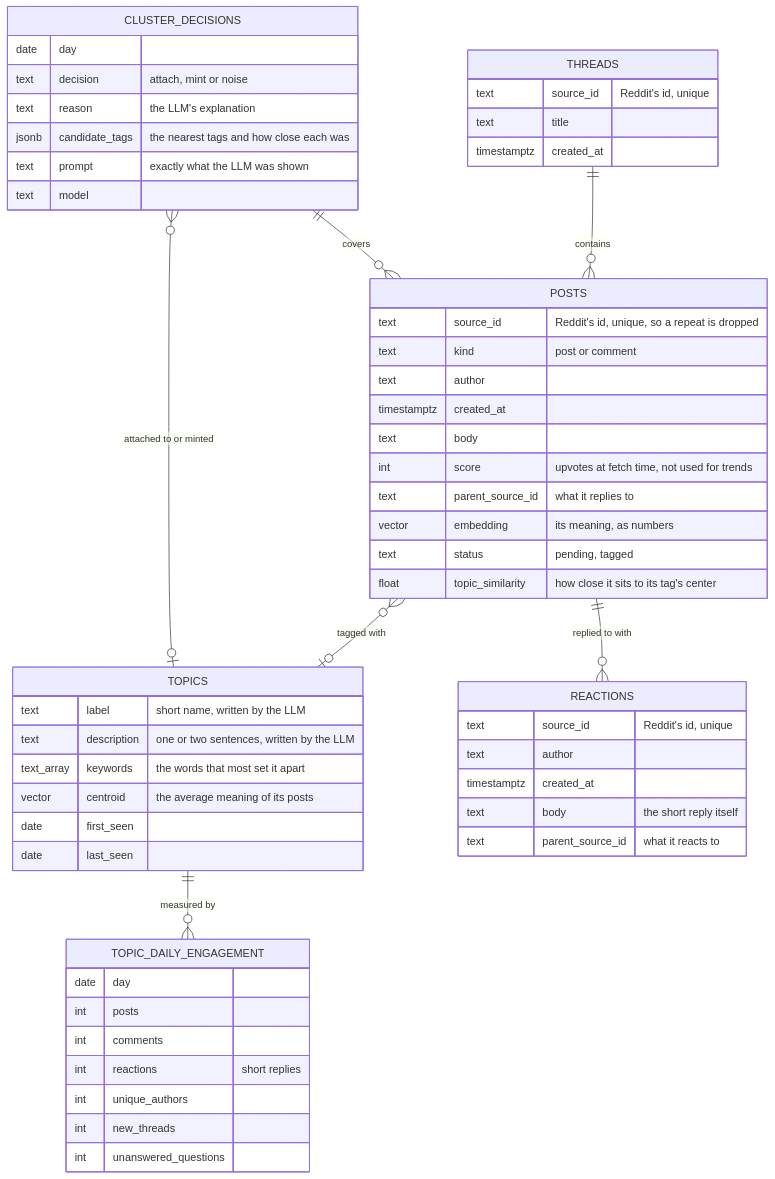
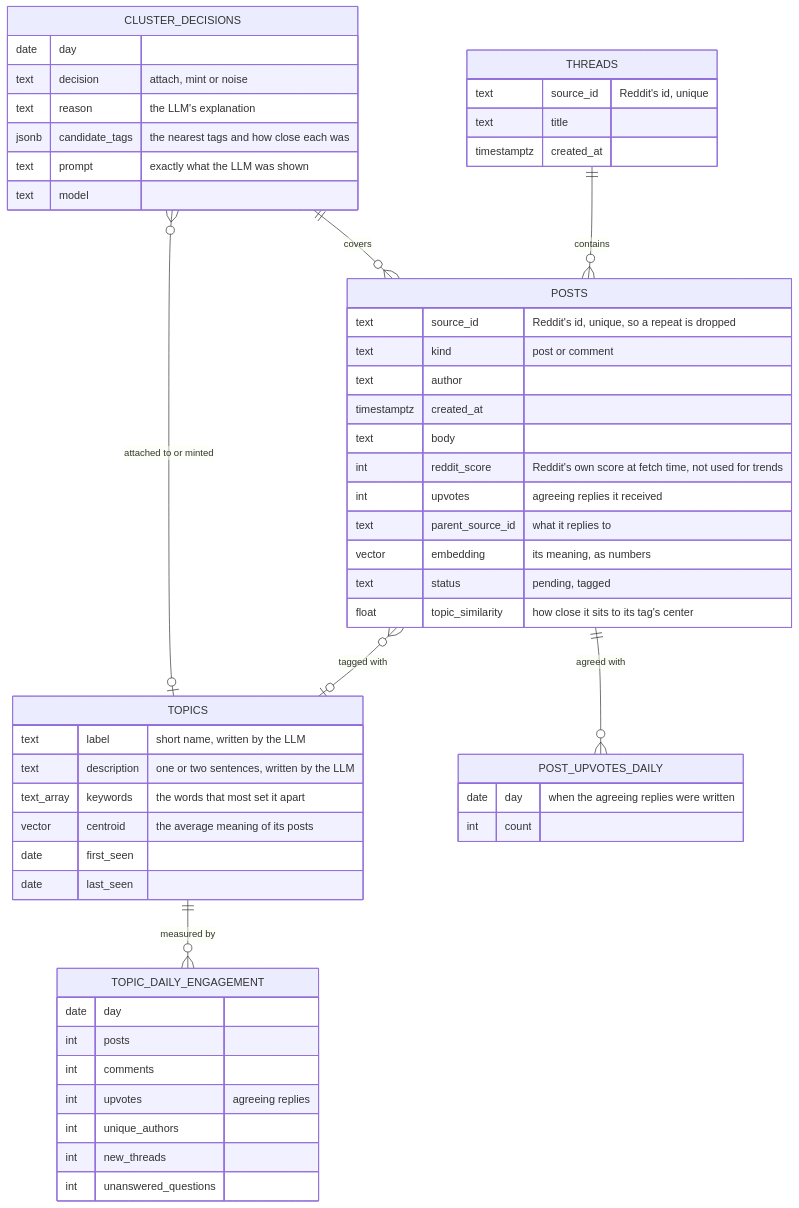
The first of 2 diagrams in docs/atlas/20-data-model/21-topics.md (brianaderer/transcendent), drawn with Mermaid before and after one commit. The commit also changed other lines of this file and 4 other files, not shown here.

Commit message:
Atlas: agreeing replies become upvotes on the parent post (OPEN-19 resolved)

````diff
--- a/docs/atlas/20-data-model/21-topics.md
+++ b/docs/atlas/20-data-model/21-topics.md
@@ -27,59 +29,57 @@
 ```mermaid
 erDiagram
     THREADS ||--o{ POSTS : contains
     POSTS }o--o| TOPICS : "tagged with"
-    POSTS ||--o{ REACTIONS : "replied to with"
+    POSTS ||--o{ POST_UPVOTES_DAILY : "agreed with"
     TOPICS ||--o{ TOPIC_DAILY_ENGAGEMENT : "measured by"
     CLUSTER_DECISIONS }o--o| TOPICS : "attached to or minted"
     CLUSTER_DECISIONS ||--o{ POSTS : "covers"
 
     THREADS {
         text source_id "Reddit's id, unique"
         text title
         timestamptz created_at
     }
     POSTS {
         text source_id "Reddit's id, unique, so a repeat is dropped"
         text kind "post or comment"
         text author
         timestamptz created_at
         text body
-        int score "upvotes at fetch time, not used for trends"
+        int reddit_score "Reddit's own score at fetch time, not used for trends"
+        int upvotes "agreeing replies it received"
         text parent_source_id "what it replies to"
         vector embedding "its meaning, as numbers"
         text status "pending, tagged"
         float topic_similarity "how close it sits to its tag's center"
     }
-    REACTIONS {
-        text source_id "Reddit's id, unique"
-        text author
-        timestamptz created_at
-        text body "the short reply itself"
-        text parent_source_id "what it reacts to"
+    POST_UPVOTES_DAILY {
+        date day "when the agreeing replies were written"
+        int count
     }
     TOPICS {
         text label "short name, written by the LLM"
         text description "one or two sentences, written by the LLM"
         text_array keywords "the words that most set it apart"
         vector centroid "the average meaning of its posts"
         date first_seen
         date last_seen
     }
     TOPIC_DAILY_ENGAGEMENT {
         date day
         int posts
         int comments
-        int reactions "short replies"
+        int upvotes "agreeing replies"
         int unique_authors
         int new_threads
         int unanswered_questions
     }
     CLUSTER_DECISIONS {
         date day
         text decision "attach, mint or noise"
         text reason "the LLM's explanation"
         jsonb candidate_tags "the nearest tags and how close each was"
         text prompt "exactly what the LLM was shown"
         text model
     }
 ```
````
